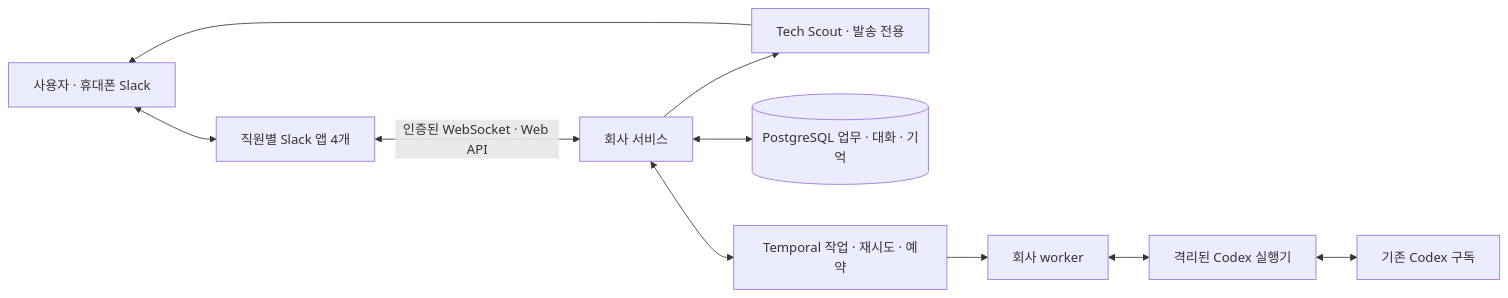
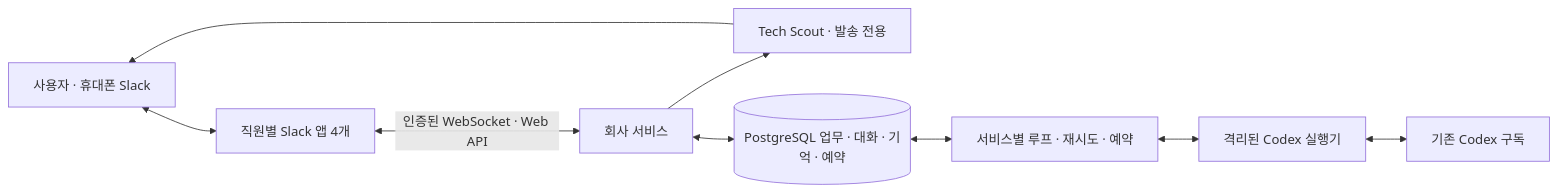
The diagram in README.md (JJongAchii/quant-ai-company), drawn with Mermaid before and after one commit. The commit also changed other lines of this file and 122 other files, not shown here.

````diff
--- a/README.md
+++ b/README.md
@@ -89,11 +90,10 @@
 ```mermaid
 flowchart LR
     U[사용자 · 휴대폰 Slack] <--> S[직원별 Slack 앱 4개]
     S <-->|인증된 WebSocket · Web API| C[회사 서비스]
     C --> TS[Tech Scout · 발송 전용] --> U
-    C <--> P[(PostgreSQL 업무 · 대화 · 기억)]
-    C <--> TM[Temporal 작업 · 재시도 · 예약]
-    TM --> WK[회사 worker]
+    C <--> P[(PostgreSQL 업무 · 대화 · 기억 · 예약)]
+    P <--> WK[서비스별 루프 · 재시도 · 예약]
     WK <--> R[격리된 Codex 실행기]
     R <--> M[기존 Codex 구독]
 ```
````
